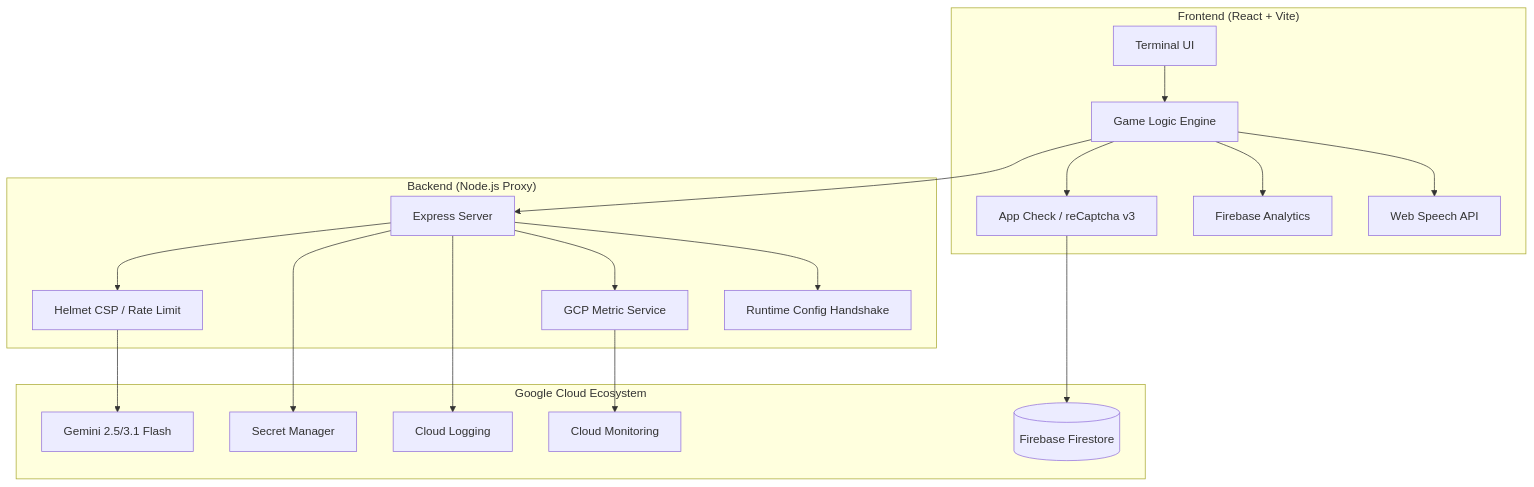
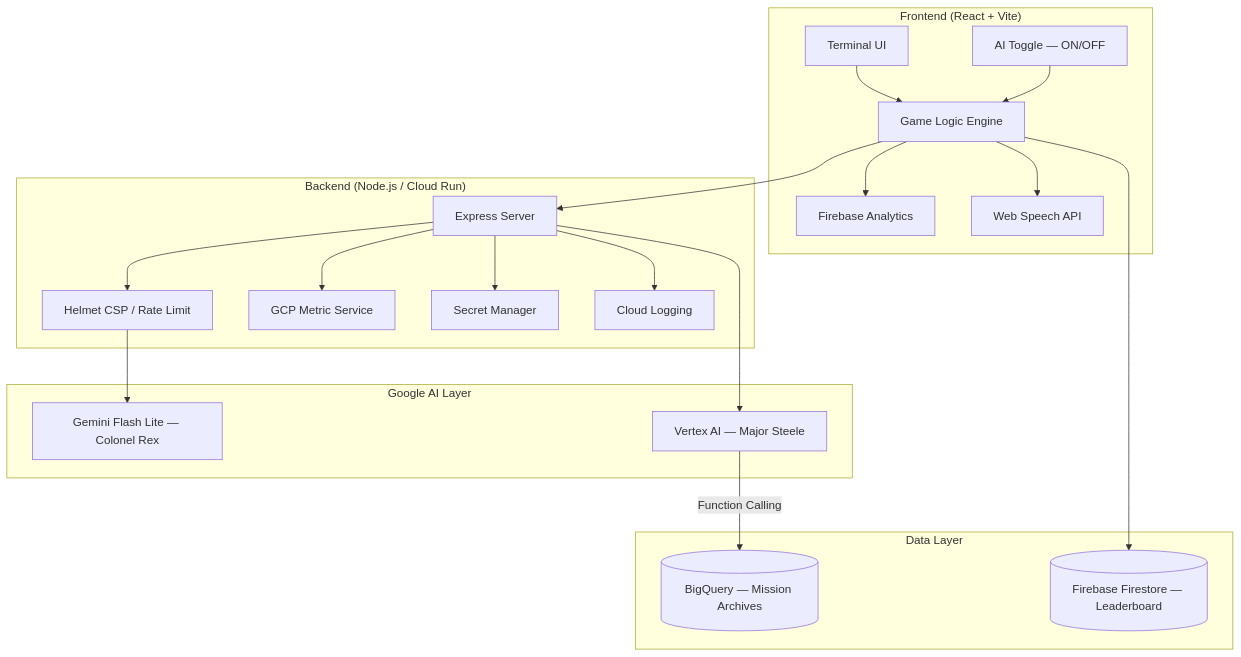
One commit to Vivek-PawarCG/defuse-ai changed the diagram in README.md. Above: the diagram before and after it, drawn with Mermaid. The commit also changed other lines of this file and 2 other files, not shown here.

````diff
--- a/README.md
+++ b/README.md
@@ -10,39 +19,42 @@
 ```mermaid
 graph TD
     subgraph "Frontend (React + Vite)"
         UI[Terminal UI]
         GL[Game Logic Engine]
-        AA[App Check / reCaptcha v3]
+        AT[AI Toggle — ON/OFF]
         AN[Firebase Analytics]
         TTS[Web Speech API]
     end
 
-    subgraph "Backend (Node.js Proxy)"
+    subgraph "Backend (Node.js / Cloud Run)"
         SRV[Express Server]
         SEC[Helmet CSP / Rate Limit]
         GPM[GCP Metric Service]
-        CFG[Runtime Config Handshake]
+        SM[Secret Manager]
+        LOG[Cloud Logging]
     end
 
-    subgraph "Google Cloud Ecosystem"
-        GEM[Gemini 2.5/3.1 Flash]
-        DB[(Firebase Firestore)]
-        SM[Secret Manager]
-        LOG[Cloud Logging]
-        MON[Cloud Monitoring]
+    subgraph "Google AI Layer"
+        GEM[Gemini Flash Lite — Colonel Rex]
+        VTX[Vertex AI — Major Steele]
+    end
+
+    subgraph "Data Layer"
+        BQ[(BigQuery — Mission Archives)]
+        FS[(Firebase Firestore — Leaderboard)]
     end
 
     UI --> GL
     GL --> SRV
+    AT --> GL
     SRV --> SEC
     SEC --> GEM
-    GL --> AA
-    GL --> AN
-    AA --> DB
+    VTX -->|Function Calling| BQ
+    SRV --> VTX
     SRV --> SM
     SRV --> LOG
     SRV --> GPM
-    GPM --> MON
-    SRV --> CFG
+    GL --> AN
     GL --> TTS
+    GL --> FS
 ```
````
